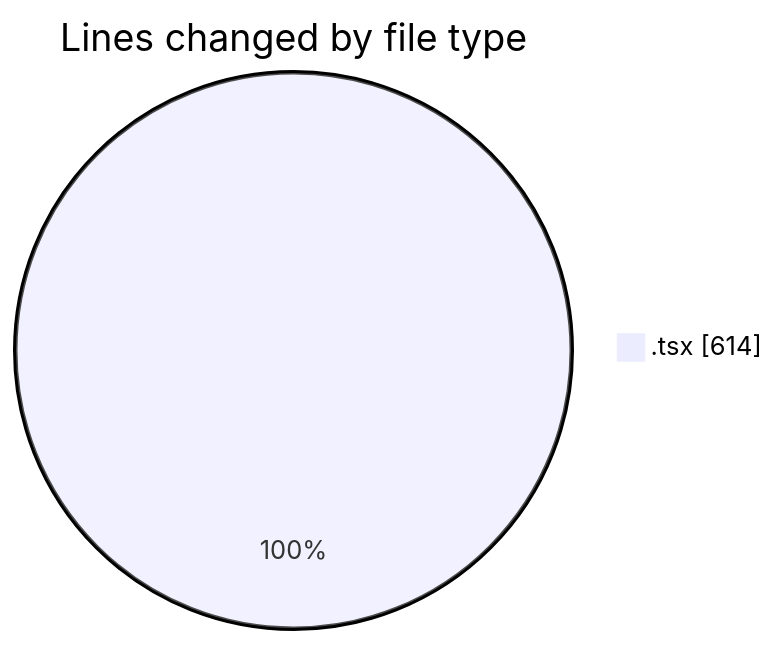
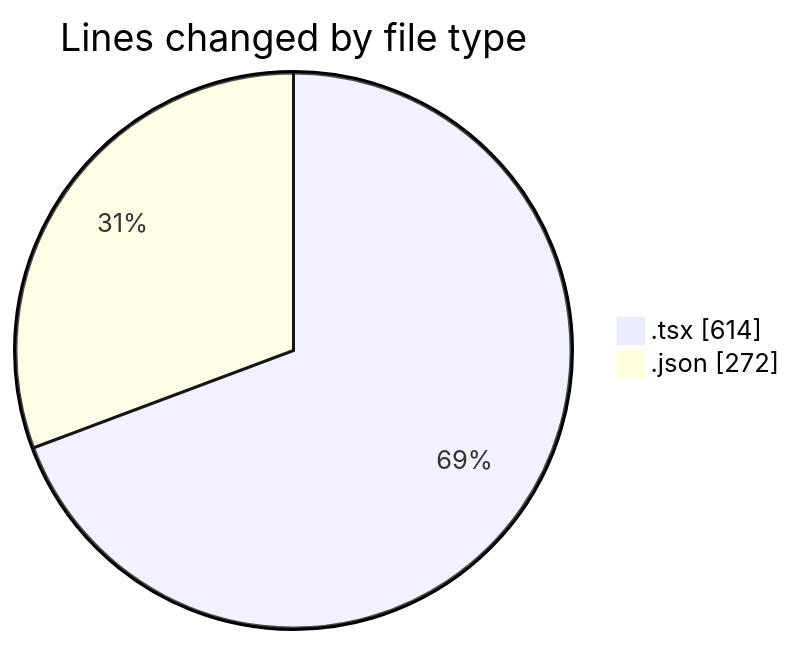
Before and after one commit to EIIisD/code-tracking: the first of 2 diagrams in 2025-08-13/ribbon/README.md, drawn with Mermaid. The commit also changed other lines of this file and 1 other file, not shown here.

````diff
--- a/2025-08-13/ribbon/README.md
+++ b/2025-08-13/ribbon/README.md
@@ -20,5 +21,6 @@
 ```mermaid
 pie showData
 title Lines changed by file type
 ".tsx" : 614
+".json" : 272
 ```
````
